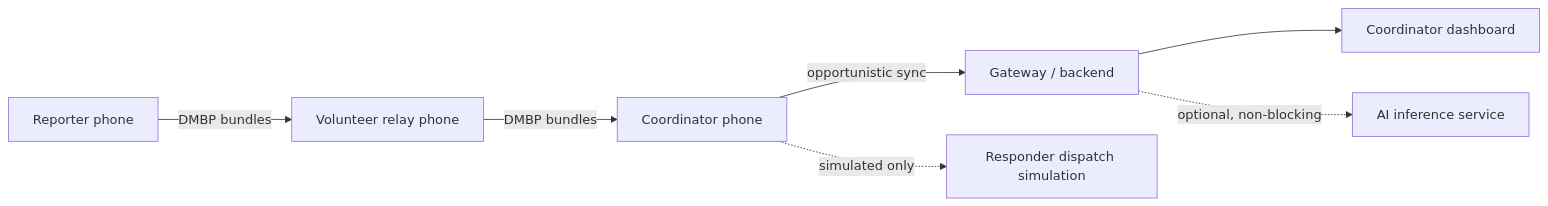
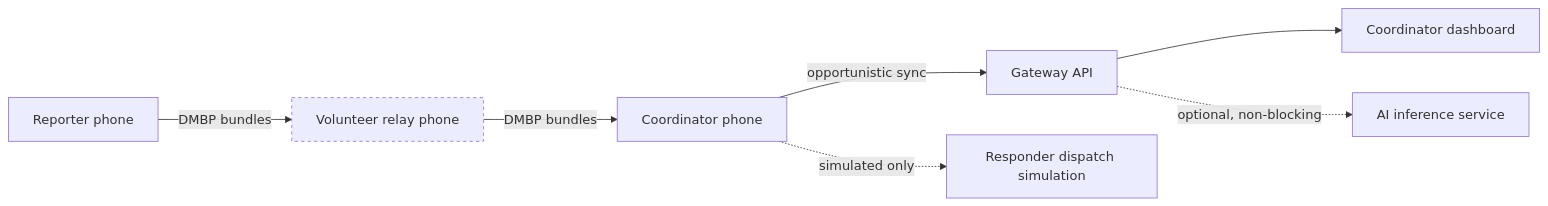
One commit to Adityaraj-Gupta-JI/DisasterMesh-Sentinel changed the first of 2 diagrams in docs/ARCHITECTURE.md. Above: the diagram before and after it, drawn with Mermaid. The commit also changed other lines of this file and 183 other files, not shown here.

````diff
--- a/docs/ARCHITECTURE.md
+++ b/docs/ARCHITECTURE.md
@@ -9,9 +8,11 @@
 ```mermaid
 flowchart LR
   R[Reporter phone] -- DMBP bundles --> V[Volunteer relay phone]
   V -- DMBP bundles --> C[Coordinator phone]
-  C -- opportunistic sync --> G[Gateway / backend]
+  C -- opportunistic sync --> G[Gateway API]
   G --> D[Coordinator dashboard]
   G -.optional, non-blocking.-> AI[AI inference service]
   C -.simulated only.-> X[Responder dispatch simulation]
+
+  style V stroke-dasharray: 4 4
 ```
````
